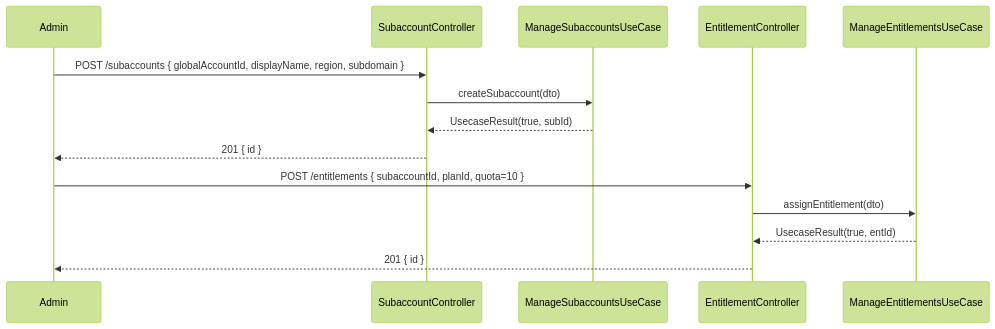
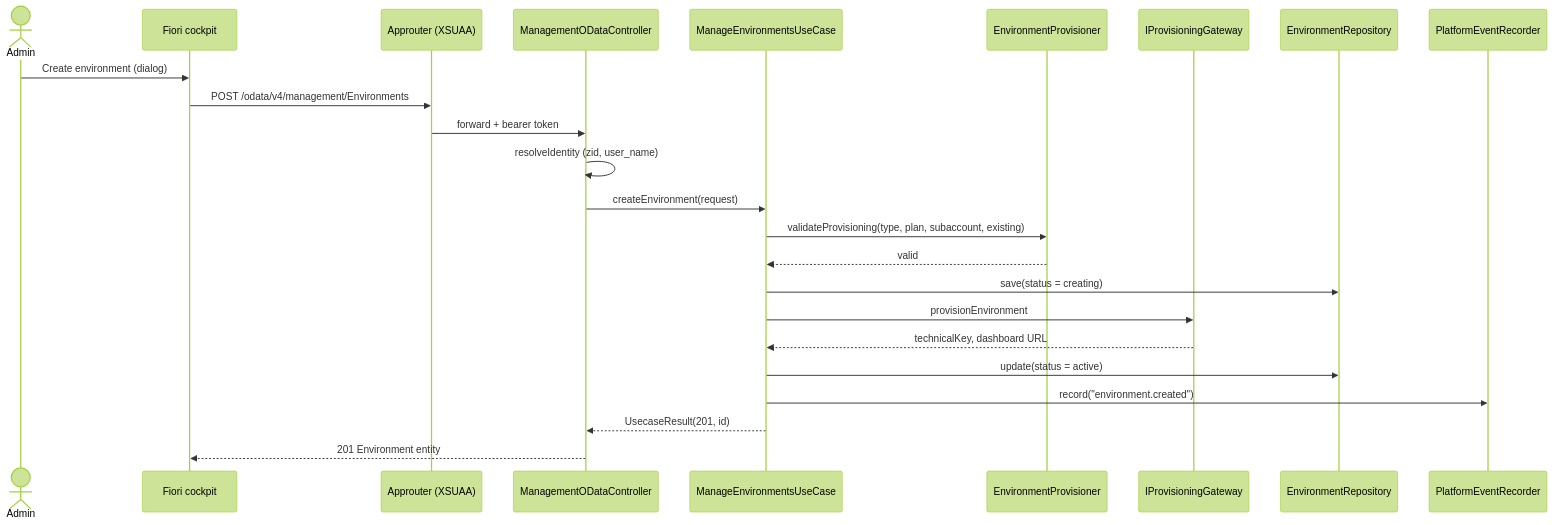
Before and after one commit to UIMSolutions/uim-platform: the fourth of 5 diagrams in management/UML.md, drawn with Mermaid (forest theme). The commit also changed other lines of this file and 36 other files, not shown here.

````diff
--- a/management/UML.md
+++ b/management/UML.md
@@ -152,18 +198,27 @@
 ```mermaid
 sequenceDiagram
-    participant Admin
-    participant SC as SubaccountController
-    participant SUC as ManageSubaccountsUseCase
-    participant EC as EntitlementController
-    participant EUC as ManageEntitlementsUseCase
+  actor Admin
+  participant UI as Fiori cockpit
+  participant AR as Approuter (XSUAA)
+  participant OD as ManagementODataController
+  participant UC as ManageEnvironmentsUseCase
+  participant EP as EnvironmentProvisioner
+  participant GW as IProvisioningGateway
+  participant R as EnvironmentRepository
+  participant EV as PlatformEventRecorder
 
-    Admin->>SC: POST /subaccounts { globalAccountId, displayName, region, subdomain }
-    SC->>SUC: createSubaccount(dto)
-    SUC-->>SC: UsecaseResult(true, subId)
-    SC-->>Admin: 201 { id }
-
-    Admin->>EC: POST /entitlements { subaccountId, planId, quota=10 }
-    EC->>EUC: assignEntitlement(dto)
-    EUC-->>EC: UsecaseResult(true, entId)
-    EC-->>Admin: 201 { id }
+  Admin->>UI: Create environment (dialog)
+  UI->>AR: POST /odata/v4/management/Environments
+  AR->>OD: forward + bearer token
+  OD->>OD: resolveIdentity (zid, user_name)
+  OD->>UC: createEnvironment(request)
+  UC->>EP: validateProvisioning(type, plan, subaccount, existing)
+  EP-->>UC: valid
+  UC->>R: save(status = creating)
+  UC->>GW: provisionEnvironment
+  GW-->>UC: technicalKey, dashboard URL
+  UC->>R: update(status = active)
+  UC->>EV: record("environment.created")
+  UC-->>OD: UsecaseResult(201, id)
+  OD-->>UI: 201 Environment entity
 ```
````
